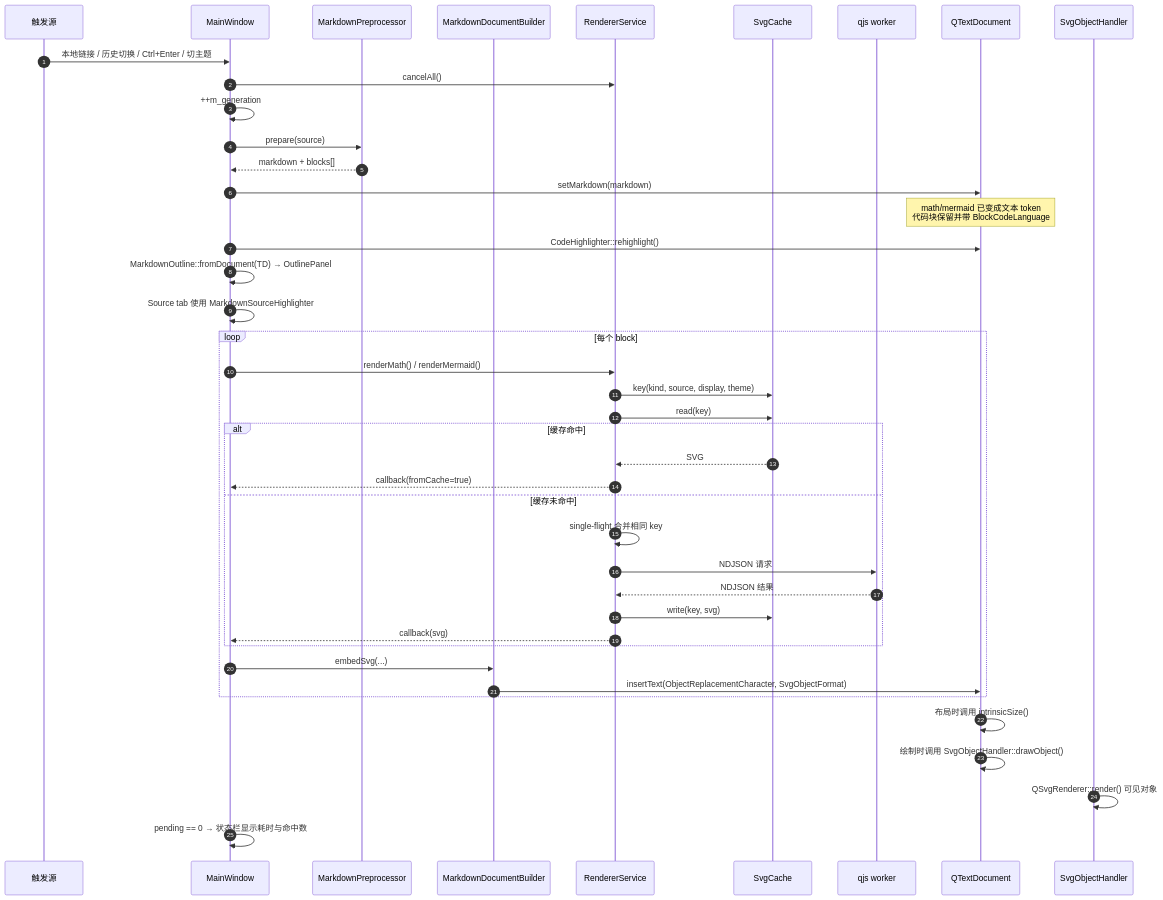
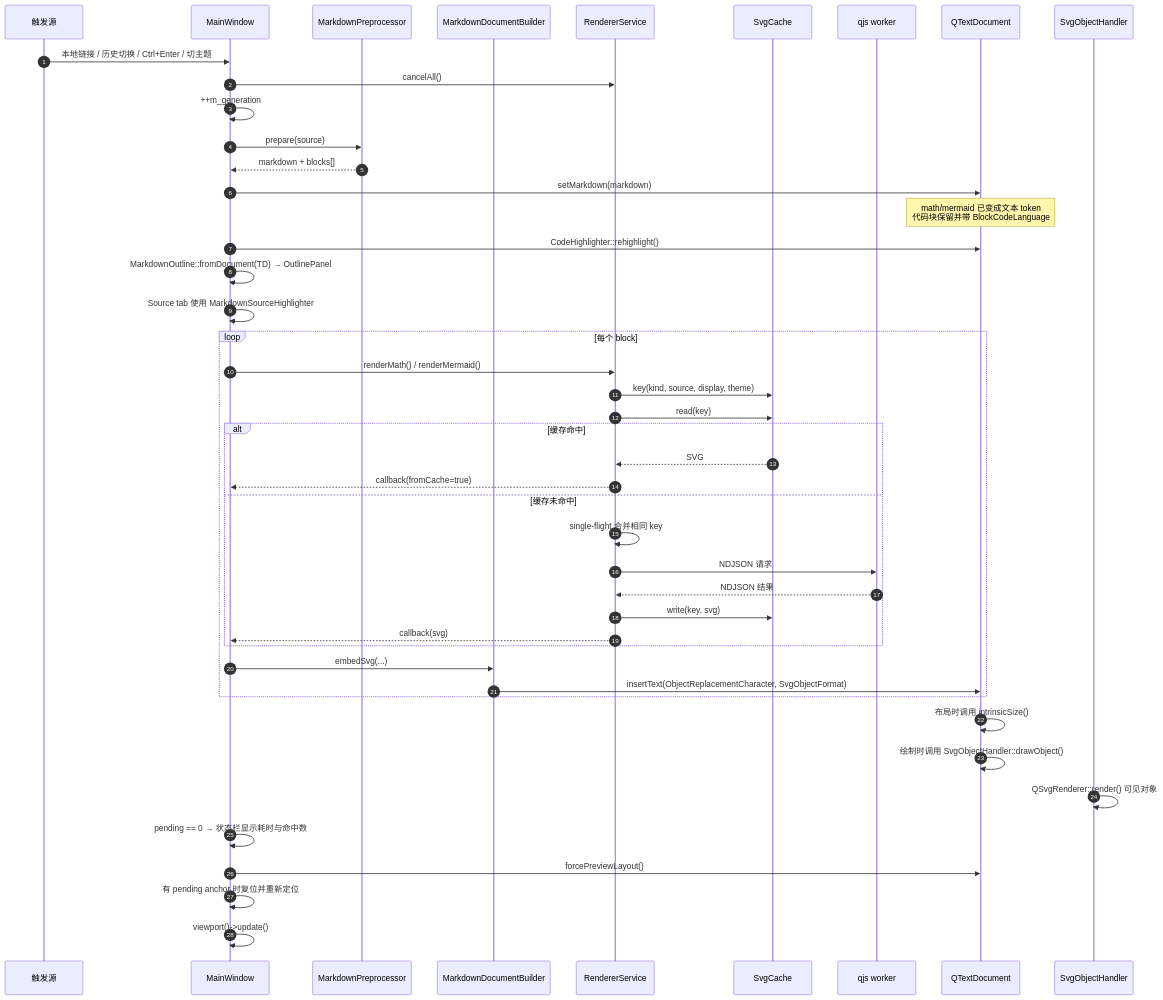
One commit to iLogIng/qt-rich-text-renderer changed the third of 12 diagrams in docs/FLOW.md. Above: the diagram before and after it, drawn with Mermaid. The commit also changed other lines of this file and 4 other files, not shown here.

First line of the commit message:
docs: describe the unified load and layout-finalization flow

````diff
--- a/docs/FLOW.md
+++ b/docs/FLOW.md
@@ -72,46 +76,49 @@
 ```mermaid
 sequenceDiagram
     autonumber
     participant U as 触发源
     participant MW as MainWindow
     participant MP as MarkdownPreprocessor
     participant MDB as MarkdownDocumentBuilder
     participant RS as RendererService
     participant SC as SvgCache
     participant Q as qjs worker
     participant TD as QTextDocument
 
     U->>MW: 本地链接 / 历史切换 / Ctrl+Enter / 切主题
     MW->>RS: cancelAll()
     MW->>MW: ++m_generation
     MW->>MP: prepare(source)
     MP-->>MW: markdown + blocks[]
     MW->>TD: setMarkdown(markdown)
     Note over TD: math/mermaid 已变成文本 token<br/>代码块保留并带 BlockCodeLanguage
     MW->>TD: CodeHighlighter::rehighlight()
     MW->>MW: MarkdownOutline::fromDocument(TD) → OutlinePanel
     MW->>MW: Source tab 使用 MarkdownSourceHighlighter
 
     loop 每个 block
         MW->>RS: renderMath() / renderMermaid()
         RS->>SC: key(kind, source, display, theme)
         RS->>SC: read(key)
         alt 缓存命中
             SC-->>RS: SVG
             RS-->>MW: callback(fromCache=true)
         else 缓存未命中
             RS->>RS: single-flight 合并相同 key
             RS->>Q: NDJSON 请求
             Q-->>RS: NDJSON 结果
             RS->>SC: write(key, svg)
             RS-->>MW: callback(svg)
         end
         MW->>MDB: embedSvg(...)
         MDB->>TD: insertText(ObjectReplacementCharacter, SvgObjectFormat)
     end
 
     TD->>TD: 布局时调用 intrinsicSize()
     TD->>TD: 绘制时调用 SvgObjectHandler::drawObject()
     SvgObjectHandler->>SvgObjectHandler: QSvgRenderer::render() 可见对象
     MW->>MW: pending == 0 → 状态栏显示耗时与命中数
+    MW->>TD: forcePreviewLayout()
+    MW->>MW: 有 pending anchor 时复位并重新定位
+    MW->>MW: viewport()->update()
 ```
````
